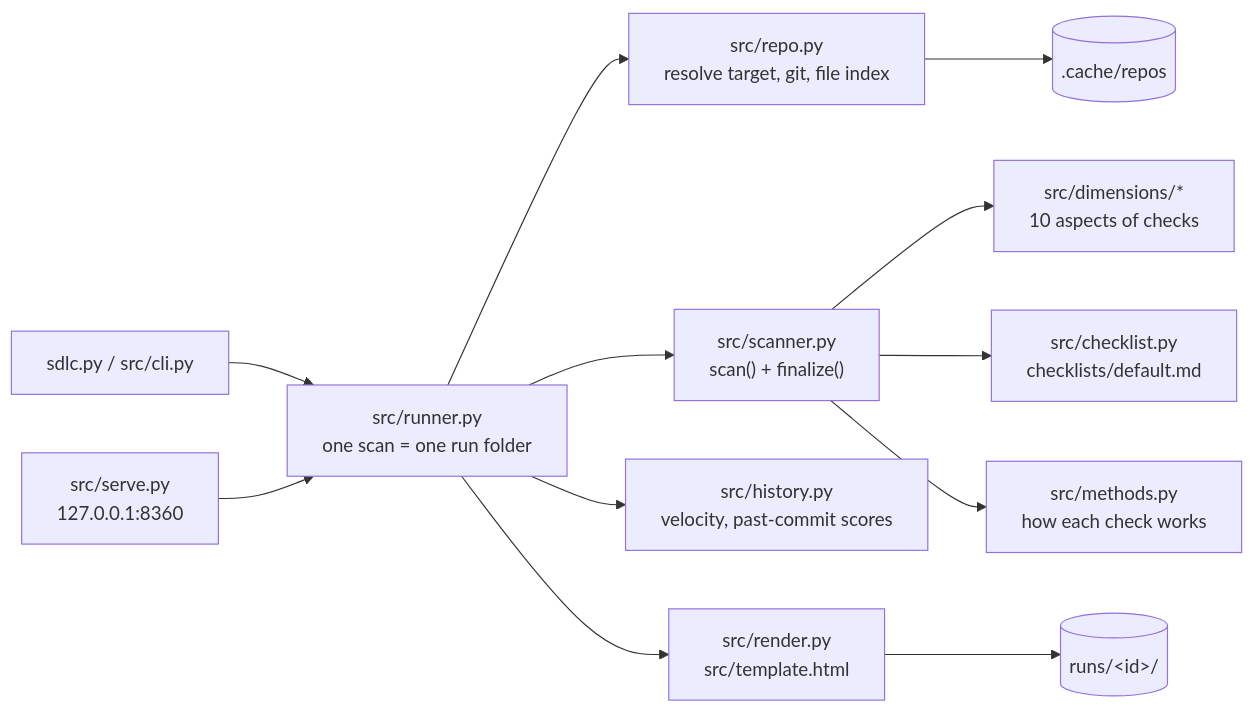
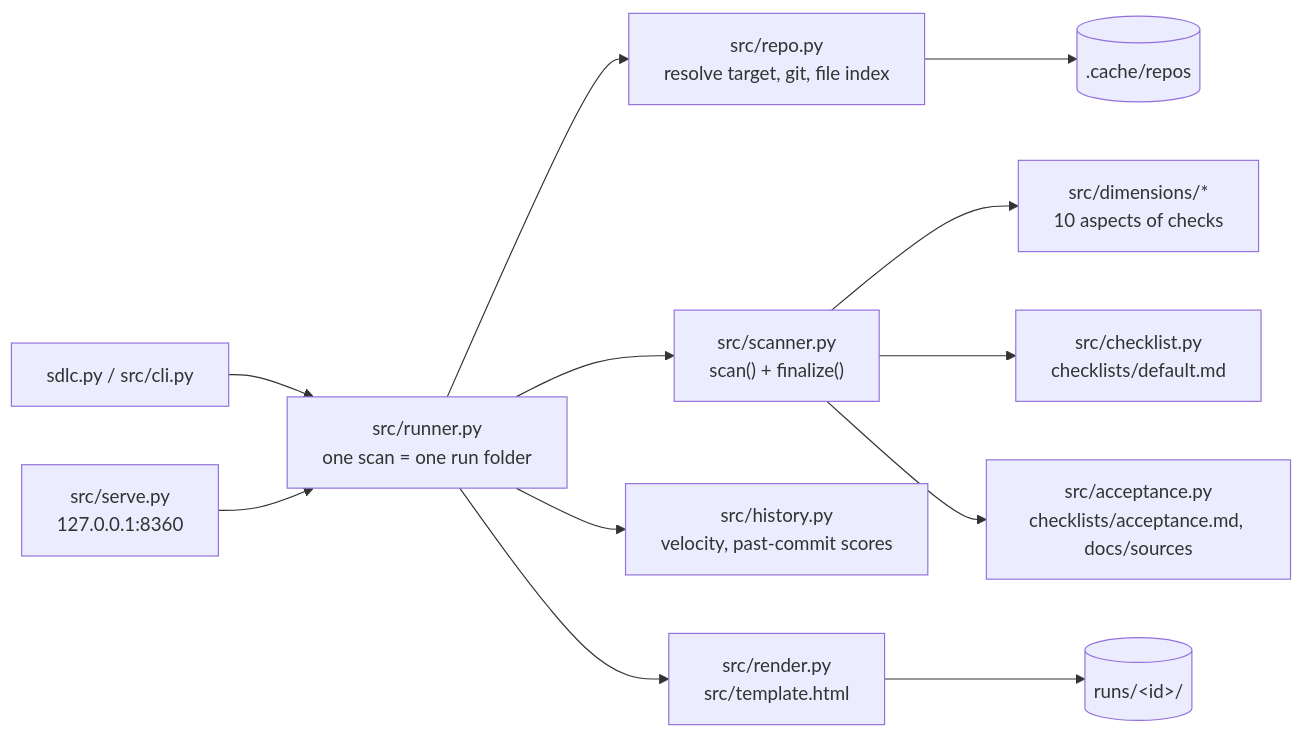
One commit to dryabokon/SDLC360 changed the first of 2 diagrams in docs/architecture.md. Above: the diagram before and after it, drawn with Mermaid. The commit also changed 17 other files, not shown here.

First line of the commit message:
How it works tab, business-friendly README, usage reference, v0.2.0

````diff
--- a/docs/architecture.md
+++ b/docs/architecture.md
@@ -8,14 +8,14 @@
 ```mermaid
 flowchart LR
     CLI["sdlc.py / src/cli.py"] --> Runner
     Web["src/serve.py<br/>127.0.0.1:8360"] --> Runner
     Runner["src/runner.py<br/>one scan = one run folder"] --> Repo["src/repo.py<br/>resolve target, git, file index"]
     Runner --> Scanner["src/scanner.py<br/>scan() + finalize()"]
     Runner --> History["src/history.py<br/>velocity, past-commit scores"]
     Scanner --> Dims["src/dimensions/*<br/>10 aspects of checks"]
     Scanner --> Checklist["src/checklist.py<br/>checklists/default.md"]
-    Scanner --> Methods["src/methods.py<br/>how each check works"]
+    Scanner --> Acceptance["src/acceptance.py<br/>checklists/acceptance.md, docs/sources"]
     Runner --> Render["src/render.py<br/>src/template.html"]
     Render --> Runs[("runs/&lt;id&gt;/")]
     Repo --> Cache[(".cache/repos")]
 ```
````
